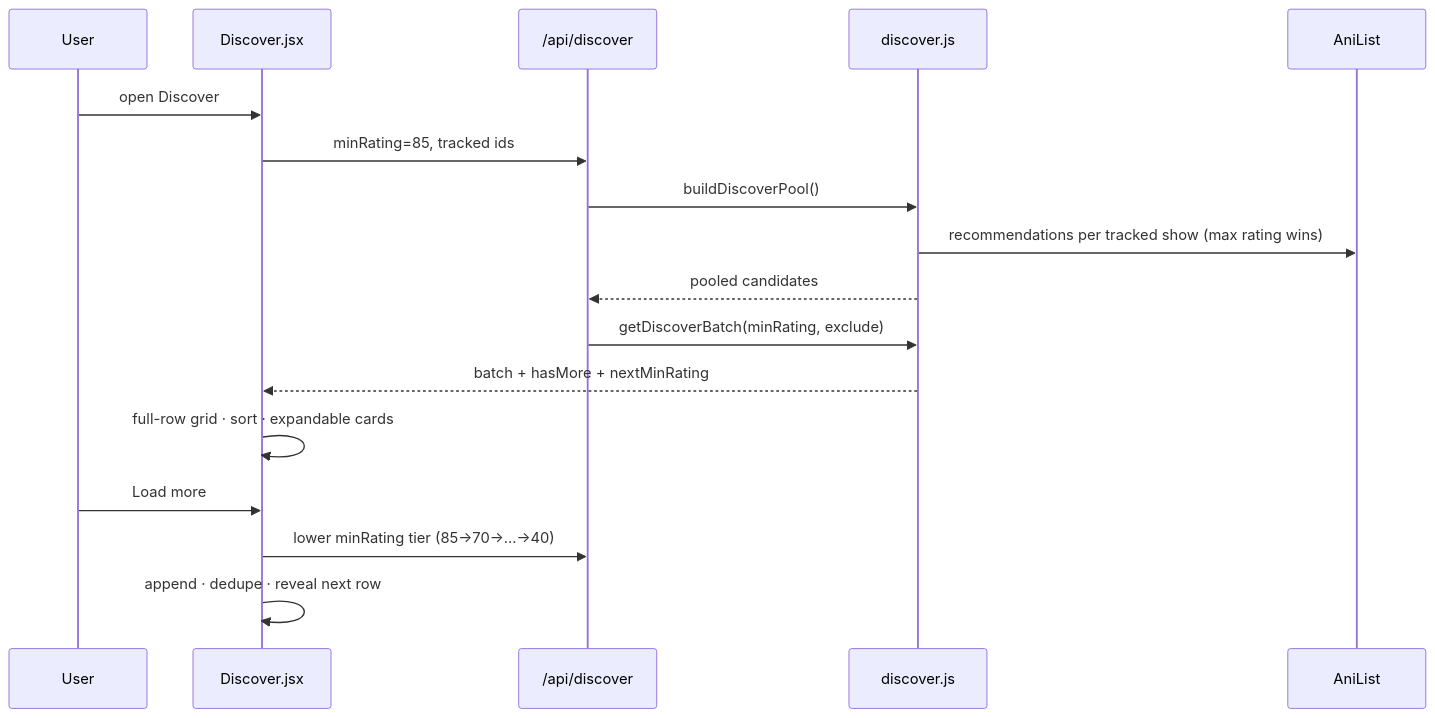
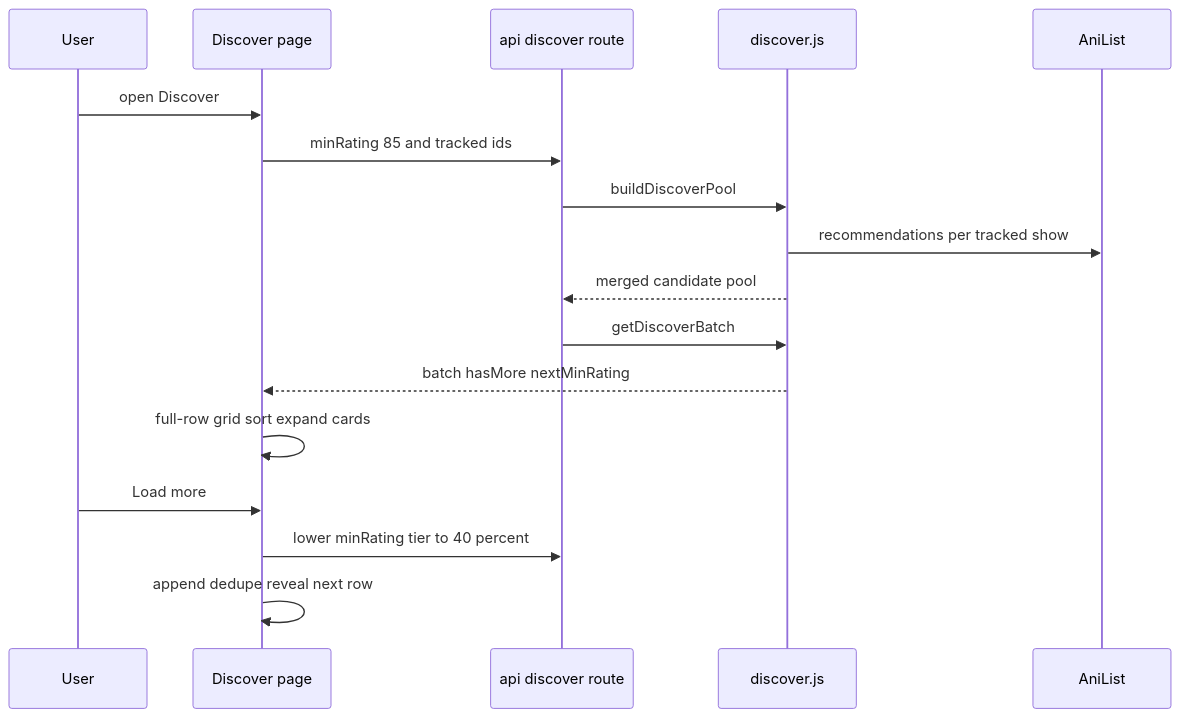
The third of 4 diagrams in README.md (tahmidft/cour), drawn with Mermaid before and after one commit. The commit also changed other lines of this file, not shown here.

First line of the commit message:
Fix README problem statement and GitHub-safe Mermaid diagrams.

````diff
--- a/README.md
+++ b/README.md
@@ -144,20 +144,20 @@
 ```mermaid
 sequenceDiagram
-  participant U as User
-  participant D as Discover.jsx
-  participant API as /api/discover
-  participant L as discover.js
-  participant AL as AniList
+  participant User
+  participant Discover as Discover page
+  participant DiscoverAPI as api discover route
+  participant DiscoverLib as discover.js
+  participant AniList
 
-  U->>D: open Discover
-  D->>API: minRating=85, tracked ids
-  API->>L: buildDiscoverPool()
-  L->>AL: recommendations per tracked show (max rating wins)
-  L-->>API: pooled candidates
-  API->>L: getDiscoverBatch(minRating, exclude)
-  L-->>D: batch + hasMore + nextMinRating
-  D->>D: full-row grid · sort · expandable cards
-  U->>D: Load more
-  D->>API: lower minRating tier (85→70→…→40)
-  D->>D: append · dedupe · reveal next row
+  User->>Discover: open Discover
+  Discover->>DiscoverAPI: minRating 85 and tracked ids
+  DiscoverAPI->>DiscoverLib: buildDiscoverPool
+  DiscoverLib->>AniList: recommendations per tracked show
+  DiscoverLib-->>DiscoverAPI: merged candidate pool
+  DiscoverAPI->>DiscoverLib: getDiscoverBatch
+  DiscoverLib-->>Discover: batch hasMore nextMinRating
+  Discover->>Discover: full-row grid sort expand cards
+  User->>Discover: Load more
+  Discover->>DiscoverAPI: lower minRating tier to 40 percent
+  Discover->>Discover: append dedupe reveal next row
 ```
````
